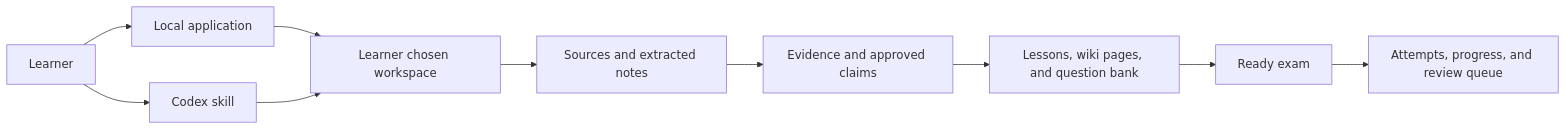
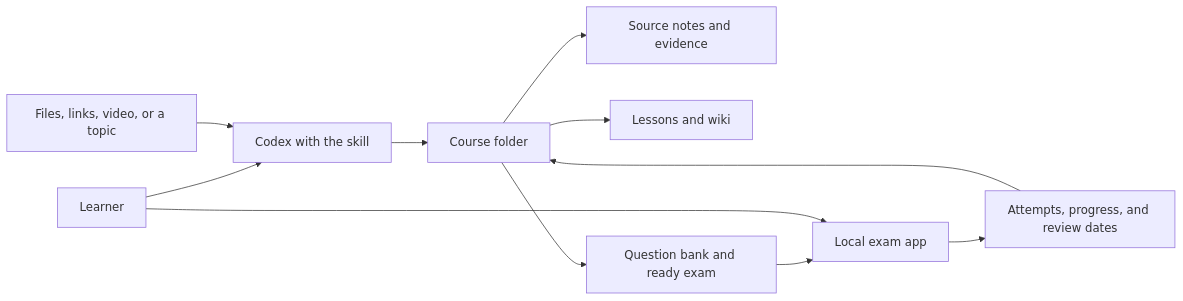
One commit to Howard-Starfield/Mastery-Ledger changed the first of 3 diagrams in README.md. Above: the diagram before and after it, drawn with Mermaid. The commit also changed other lines of this file and 42 other files, not shown here.

````diff
--- a/README.md
+++ b/README.md
@@ -23,14 +64,13 @@
 ```mermaid
 flowchart LR
-    Learner["Learner"] --> App["Local application"]
-    Learner --> Skill["Codex skill"]
-
-    App --> Workspace["Learner chosen workspace"]
-    Skill --> Workspace
-
-    Workspace --> Sources["Sources and extracted notes"]
-    Sources --> Evidence["Evidence and approved claims"]
-    Evidence --> Course["Lessons, wiki pages, and question bank"]
-    Course --> Exam["Ready exam"]
-    Exam --> Records["Attempts, progress, and review queue"]
+    Learner["Learner"] --> Codex["Codex with the skill"]
+    Sources["Files, links, video, or a topic"] --> Codex
+    Codex --> Course["Course folder"]
+    Course --> Notes["Source notes and evidence"]
+    Course --> Lessons["Lessons and wiki"]
+    Course --> Bank["Question bank and ready exam"]
+    Bank --> App["Local exam app"]
+    Learner --> App
+    App --> History["Attempts, progress, and review dates"]
+    History --> Course
 ```
````
